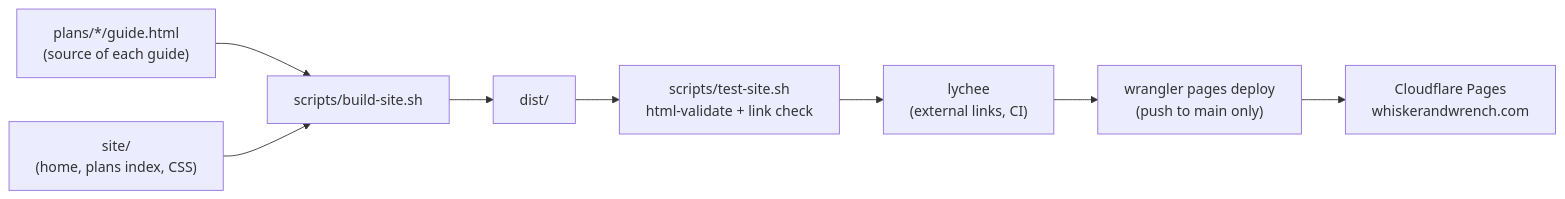
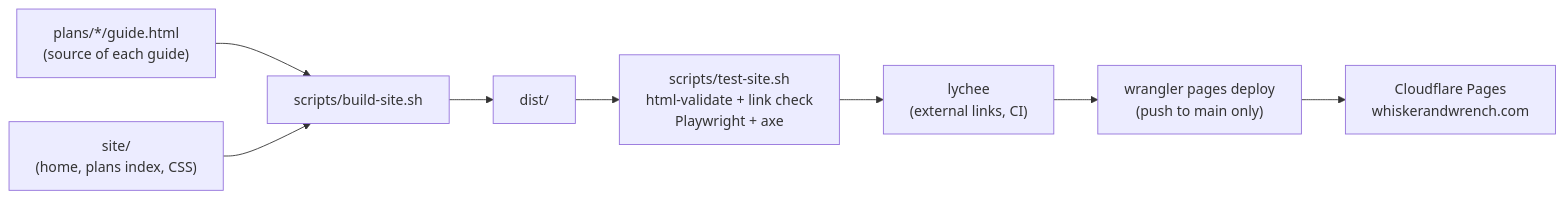
The diagram in docs/ARCHITECTURE.md (esanacore/whisker-and-wrench), drawn with Mermaid before and after one commit. The commit also changed other lines of this file and 8 other files, not shown here.

````diff
--- a/docs/ARCHITECTURE.md
+++ b/docs/ARCHITECTURE.md
@@ -13,10 +13,10 @@
 ```mermaid
 flowchart LR
     plans["plans/*/guide.html<br/>(source of each guide)"] --> build
     site["site/<br/>(home, plans index, CSS)"] --> build
     build["scripts/build-site.sh"] --> dist["dist/"]
-    dist --> tests["scripts/test-site.sh<br/>html-validate + link check"]
+    dist --> tests["scripts/test-site.sh<br/>html-validate + link check<br/>Playwright + axe"]
     tests --> lychee["lychee<br/>(external links, CI)"]
     lychee --> deploy["wrangler pages deploy<br/>(push to main only)"]
     deploy --> cf["Cloudflare Pages<br/>whiskerandwrench.com"]
 ```
````
